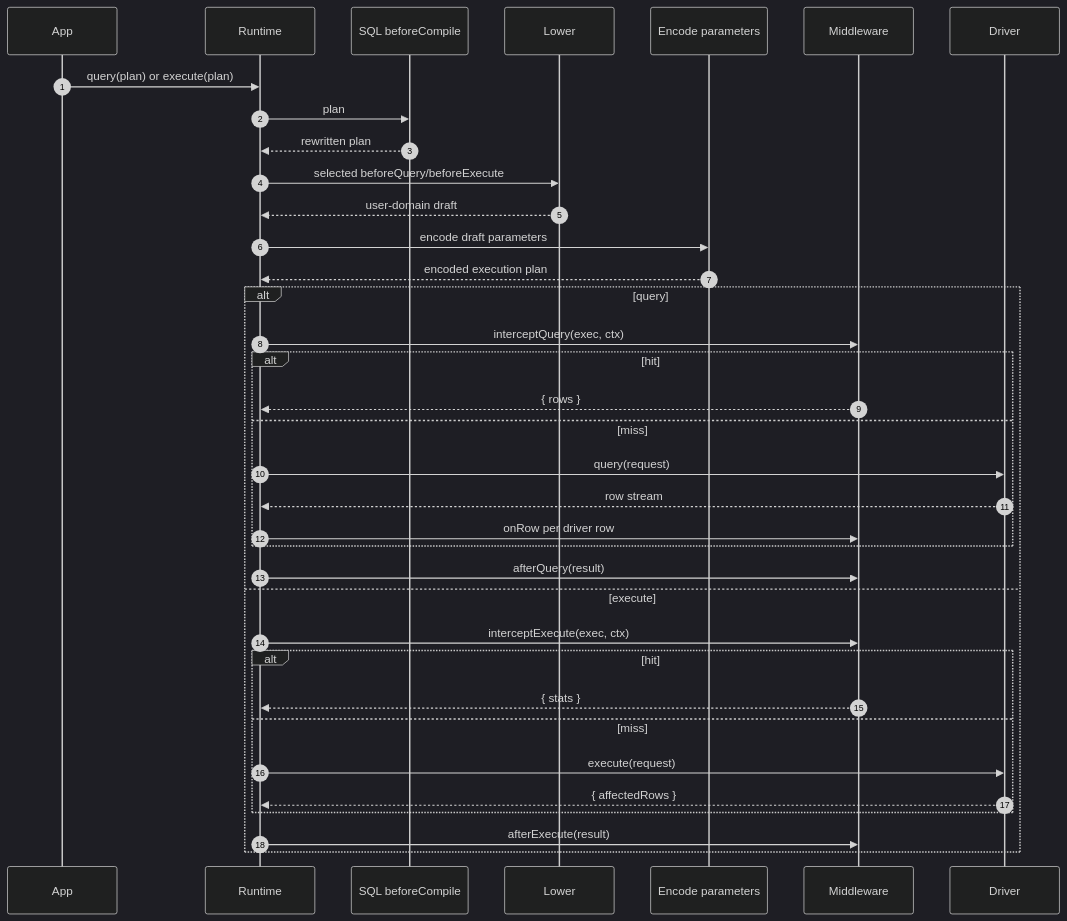
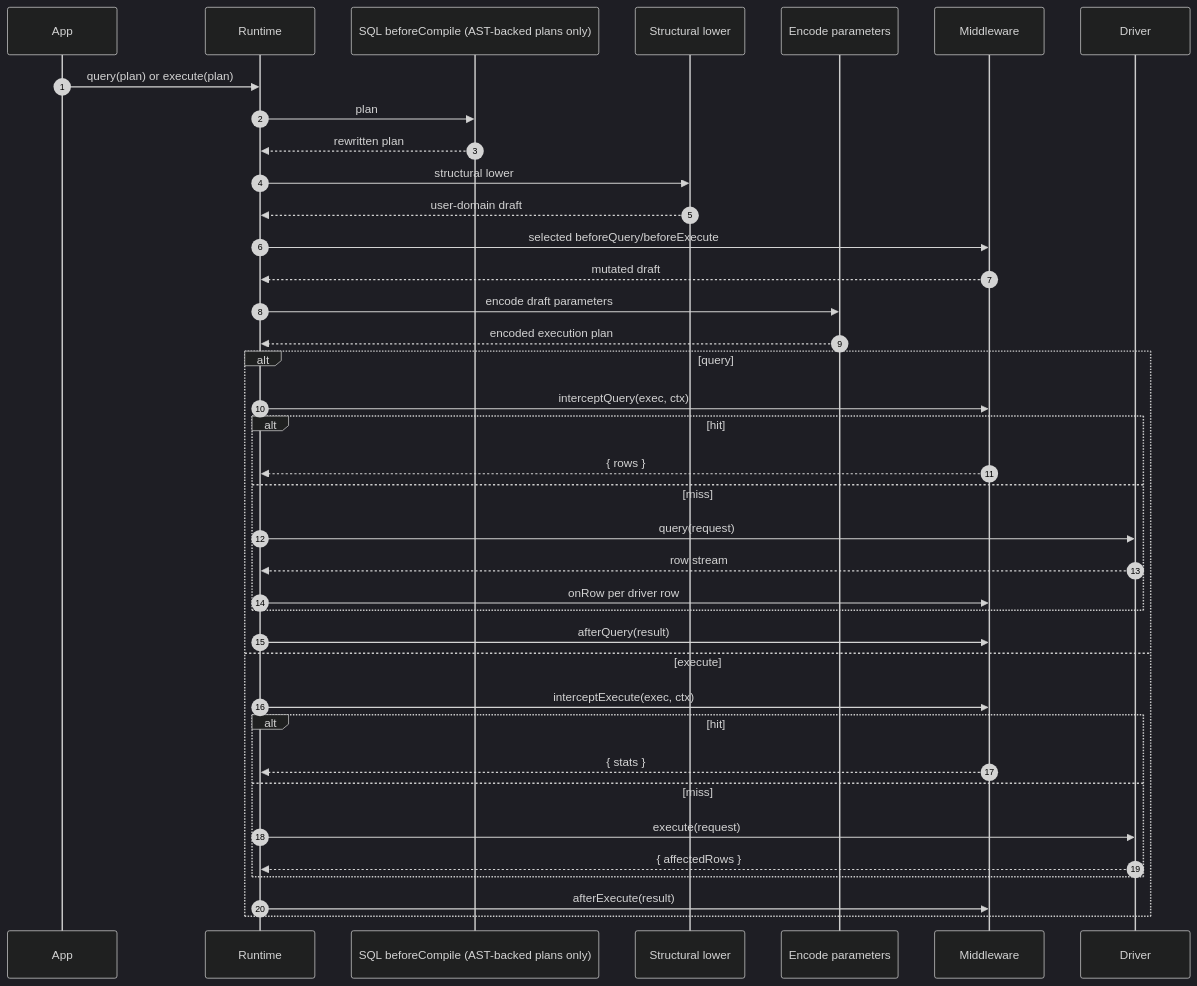
One commit to prisma/prisma changed the third of 3 diagrams in docs/architecture docs/subsystems/4. Runtime & Middleware Framework.md. Above: the diagram before and after it, drawn with Mermaid (dark theme). The commit also changed other lines of this file and 3 other files, not shown here.

````diff
--- a/docs/architecture docs/subsystems/4. Runtime & Middleware Framework.md
+++ b/docs/architecture docs/subsystems/4. Runtime & Middleware Framework.md
@@ -370,39 +370,41 @@
 ```mermaid
 sequenceDiagram
   autonumber
   participant App as App
   participant Runtime as Runtime
-  participant Compile as SQL beforeCompile
-  participant Lower as Lower
+  participant Compile as SQL beforeCompile (AST-backed plans only)
+  participant Lower as Structural lower
   participant Encode as Encode parameters
   participant MW as Middleware
   participant Driver as Driver
 
   App->>Runtime: query(plan) or execute(plan)
   Runtime->>Compile: plan
   Compile-->>Runtime: rewritten plan
-  Runtime->>Lower: selected beforeQuery/beforeExecute
+  Runtime->>Lower: structural lower
   Lower-->>Runtime: user-domain draft
+  Runtime->>MW: selected beforeQuery/beforeExecute
+  MW-->>Runtime: mutated draft
   Runtime->>Encode: encode draft parameters
   Encode-->>Runtime: encoded execution plan
   alt query
     Runtime->>MW: interceptQuery(exec, ctx)
     alt hit
       MW-->>Runtime: { rows }
     else miss
       Runtime->>Driver: query(request)
       Driver-->>Runtime: row stream
       Runtime->>MW: onRow per driver row
     end
     Runtime->>MW: afterQuery(result)
   else execute
     Runtime->>MW: interceptExecute(exec, ctx)
     alt hit
       MW-->>Runtime: { stats }
     else miss
       Runtime->>Driver: execute(request)
       Driver-->>Runtime: { affectedRows }
     end
     Runtime->>MW: afterExecute(result)
   end
 ```
````
